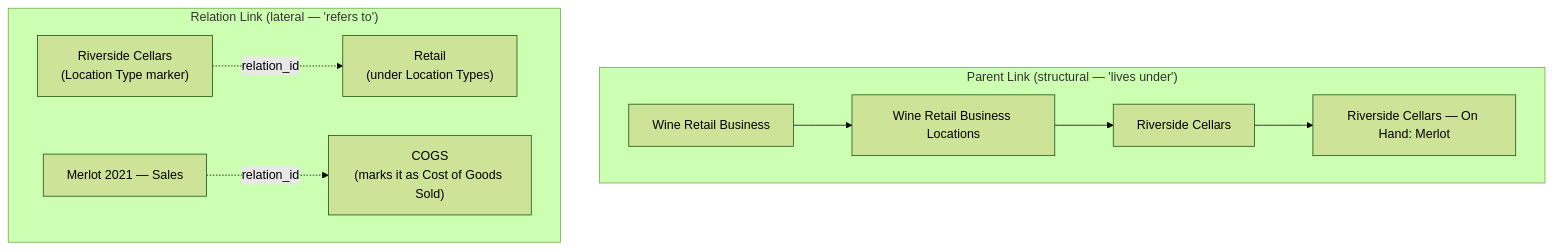
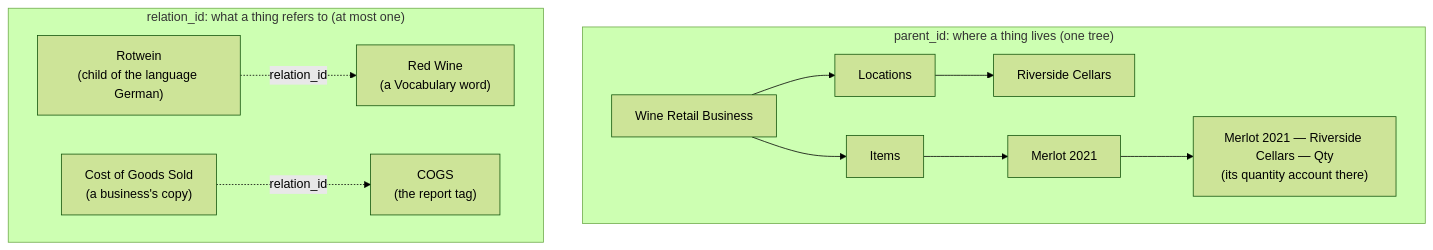
The diagram in docs/diagrams/parent-vs-relation-link.mmd (relatingdata/SQLite-ledger-ts), drawn with Mermaid (forest theme) before and after one commit. The commit also changed 13 other files, not shown here.

First line of the commit message:
Entity Model chapter: correct against the code, cut history, add diagrams

```diff
--- a/docs/diagrams/parent-vs-relation-link.mmd
+++ b/docs/diagrams/parent-vs-relation-link.mmd
@@ -1,10 +1,12 @@
 graph TB
-    subgraph "Parent Link (structural — 'lives under')"
-        A["Wine Retail Business"] --> B["Wine Retail Business Locations"]
+    subgraph PARENT["parent_id: where a thing lives (one tree)"]
+        A["Wine Retail Business"] --> B["Locations"]
         B --> C["Riverside Cellars"]
-        C --> D["Riverside Cellars — On Hand: Merlot"]
+        A --> D["Items"]
+        D --> E["Merlot 2021"]
+        E --> F["Merlot 2021 — Riverside Cellars — Qty<br/>(its quantity account there)"]
     end
-    subgraph "Relation Link (lateral — 'refers to')"
-        E["Riverside Cellars<br/>(Location Type marker)"] -.relation_id.-> F["Retail<br/>(under Location Types)"]
-        G["Merlot 2021 — Sales"] -.relation_id.-> H["COGS<br/>(marks it as Cost of Goods Sold)"]
+    subgraph RELATION["relation_id: what a thing refers to (at most one)"]
+        G["Rotwein<br/>(child of the language German)"] -. relation_id .-> H["Red Wine<br/>(a Vocabulary word)"]
+        I["Cost of Goods Sold<br/>(a business's copy)"] -. relation_id .-> J["COGS<br/>(the report tag)"]
     end
```
